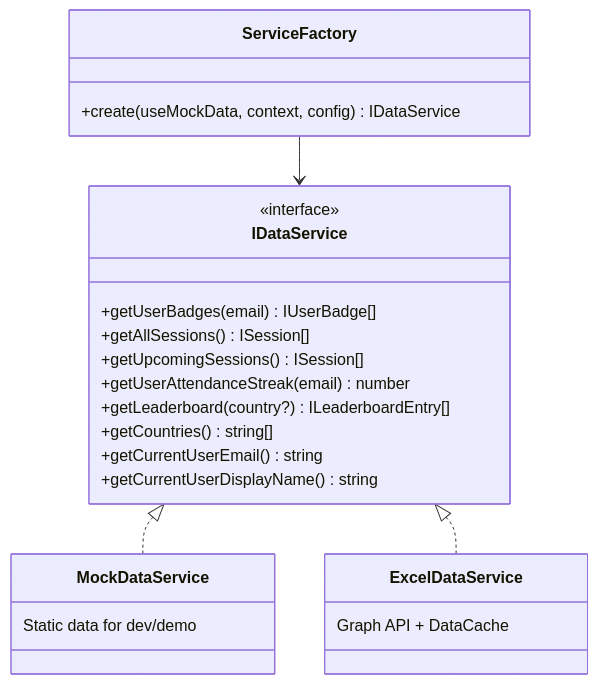
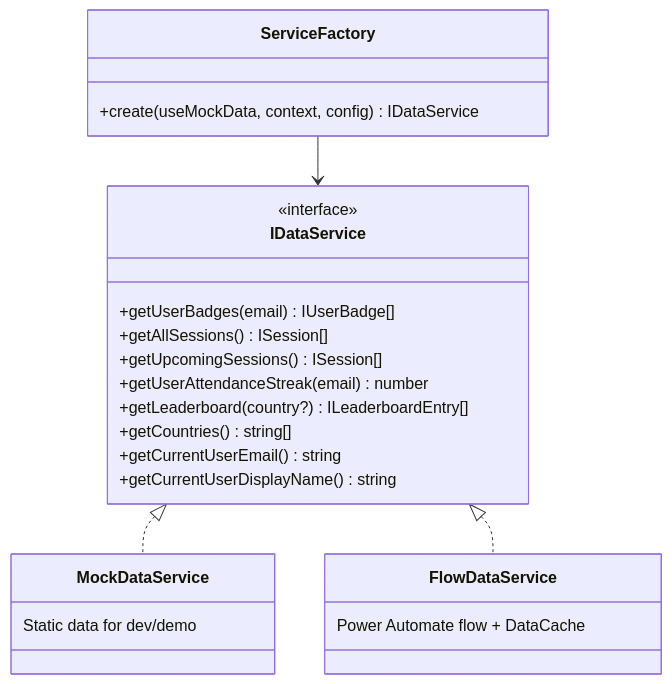
The fourth of 5 diagrams in docs/architecture.md (aidantrabs/quicksparks), drawn with Mermaid before and after one commit. The commit also changed other lines of this file and 3 other files, not shown here.

````diff
--- a/docs/architecture.md
+++ b/docs/architecture.md
@@ -72,30 +72,30 @@
 ```mermaid
 classDiagram
     class IDataService {
         <<interface>>
         +getUserBadges(email) IUserBadge[]
         +getAllSessions() ISession[]
         +getUpcomingSessions() ISession[]
         +getUserAttendanceStreak(email) number
         +getLeaderboard(country?) ILeaderboardEntry[]
         +getCountries() string[]
         +getCurrentUserEmail() string
         +getCurrentUserDisplayName() string
     }
 
     class MockDataService {
         Static data for dev/demo
     }
 
-    class ExcelDataService {
-        Graph API + DataCache
+    class FlowDataService {
+        Power Automate flow + DataCache
     }
 
     class ServiceFactory {
         +create(useMockData, context, config) IDataService
     }
 
     IDataService <|.. MockDataService
-    IDataService <|.. ExcelDataService
+    IDataService <|.. FlowDataService
     ServiceFactory --> IDataService
 ```
````
